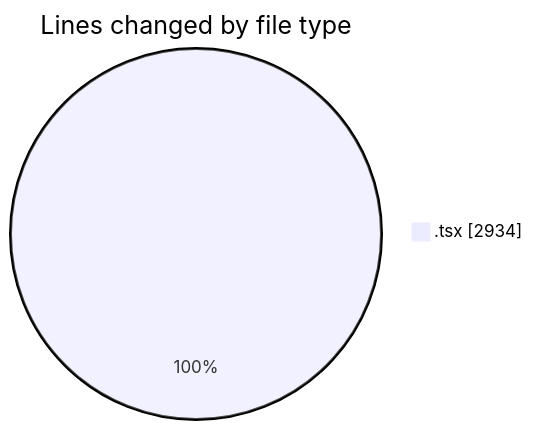
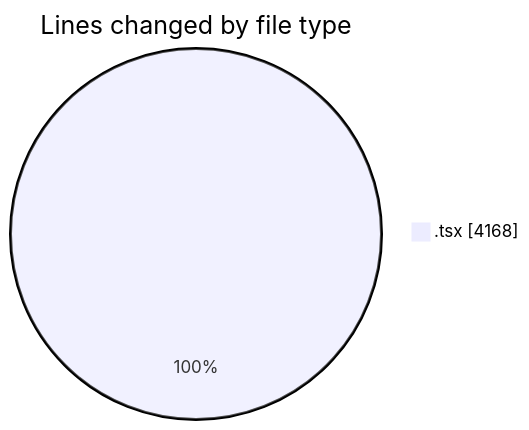
The first of 2 diagrams in 2026-06-25/nxtqube_webapp/README.md (nxtqubesakshisongat/code-tracking), drawn with Mermaid before and after one commit. The commit also changed other lines of this file and 1 other file, not shown here.

````diff
--- a/2026-06-25/nxtqube_webapp/README.md
+++ b/2026-06-25/nxtqube_webapp/README.md
@@ -21,5 +22,5 @@
 ```mermaid
 pie showData
 title Lines changed by file type
-".tsx" : 2934
+".tsx" : 4168
 ```
````
